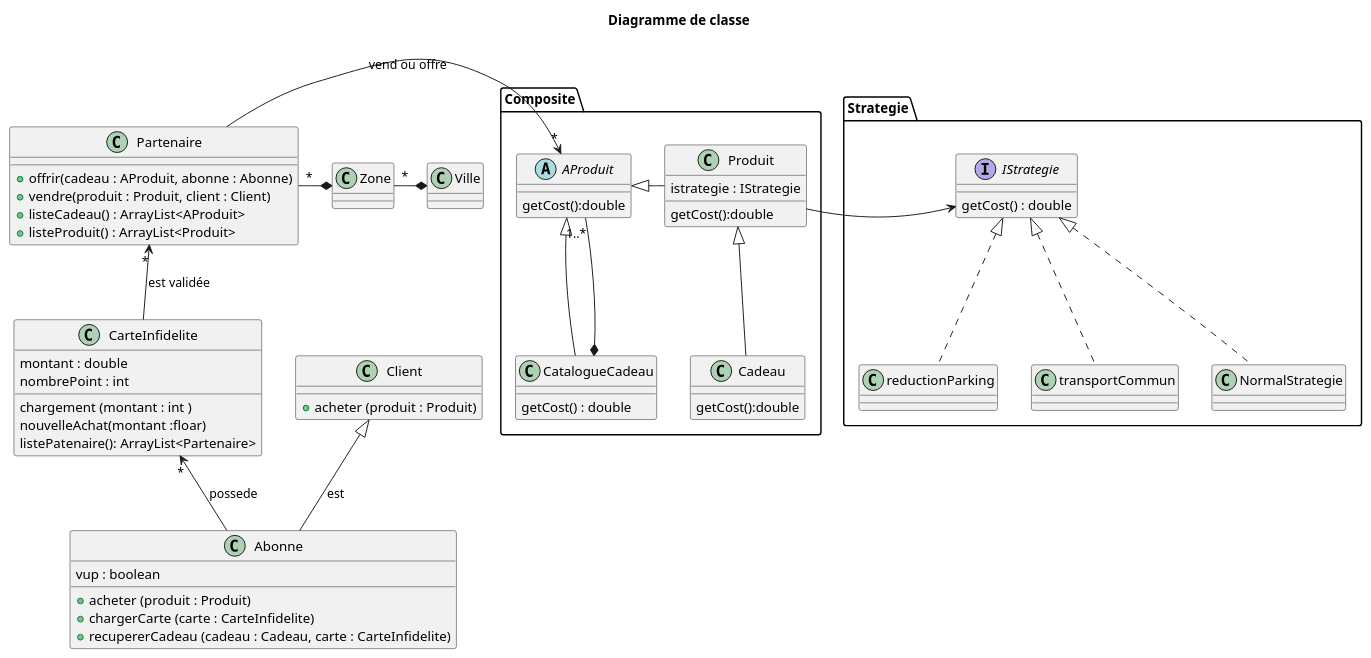
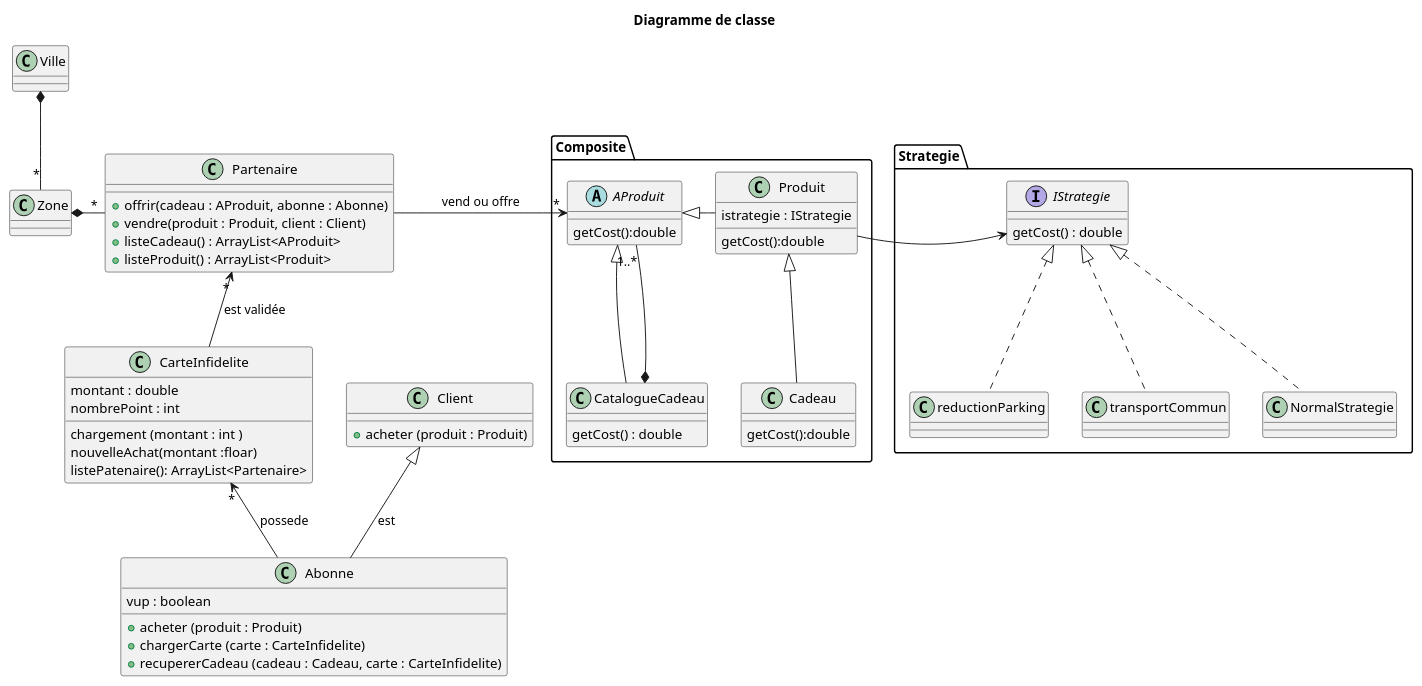
The first of 6 diagrams in Readme.puml (ZeroAbsolue/infidelite), drawn with PlantUML before and after one commit.

Commit message:
Mise en forme du diagramme de classe

```diff
--- a/Readme.puml
+++ b/Readme.puml
@@ -1,79 +1,79 @@
 @startuml
 title Diagramme de classe
 ' skinparam linetype ortho
 
 class Partenaire{
 
     + offrir(cadeau : AProduit, abonne : Abonne)
     + vendre(produit : Produit, client : Client)
     + listeCadeau() : ArrayList<AProduit>
     + listeProduit() : ArrayList<Produit>
 }
 
 class Zone{}
 
 class Abonne{
     vup : boolean
     + acheter (produit : Produit)
     + chargerCarte (carte : CarteInfidelite)
     + recupererCadeau (cadeau : Cadeau, carte : CarteInfidelite)
 }
 
 class Client{
     + acheter (produit : Produit)
 }
 
 class CarteInfidelite{
     montant : double
     nombrePoint : int
     chargement (montant : int )
     nouvelleAchat(montant :floar)
     listePatenaire(): ArrayList<Partenaire>
 }
 class Ville
 
 package Composite{
     abstract  AProduit{
         getCost():double
     }
     class Produit{
         istrategie : IStrategie
         getCost():double
     }
     class CatalogueCadeau{
         getCost() : double
     }
     class Cadeau{
         getCost():double
     }
     Produit -left-|> AProduit
     Cadeau -up-|> Produit
     CatalogueCadeau -up-|> AProduit
     CatalogueCadeau *-up- "1..*" AProduit
     
 }
 
 
 package Strategie{
     class reductionParking
     class transportCommun
     class NormalStrategie
     interface IStrategie{
         getCost() : double
     }
     reductionParking .up.|> IStrategie
     NormalStrategie .up.|> IStrategie
     transportCommun .up.|> IStrategie
 }
 
 Abonne -up-> "*"CarteInfidelite : possede
 Abonne -up-|> Client : est
 
-Ville *-left- "*" Zone
-Zone *-left- "*" Partenaire
+Ville *-- "*" Zone
+Zone *-right- "*" Partenaire
 Partenaire -> "*" AProduit : vend ou offre
 Produit -> IStrategie
 CarteInfidelite -up-> "*"Partenaire : "est validée" 
 
 
 @enduml
```
